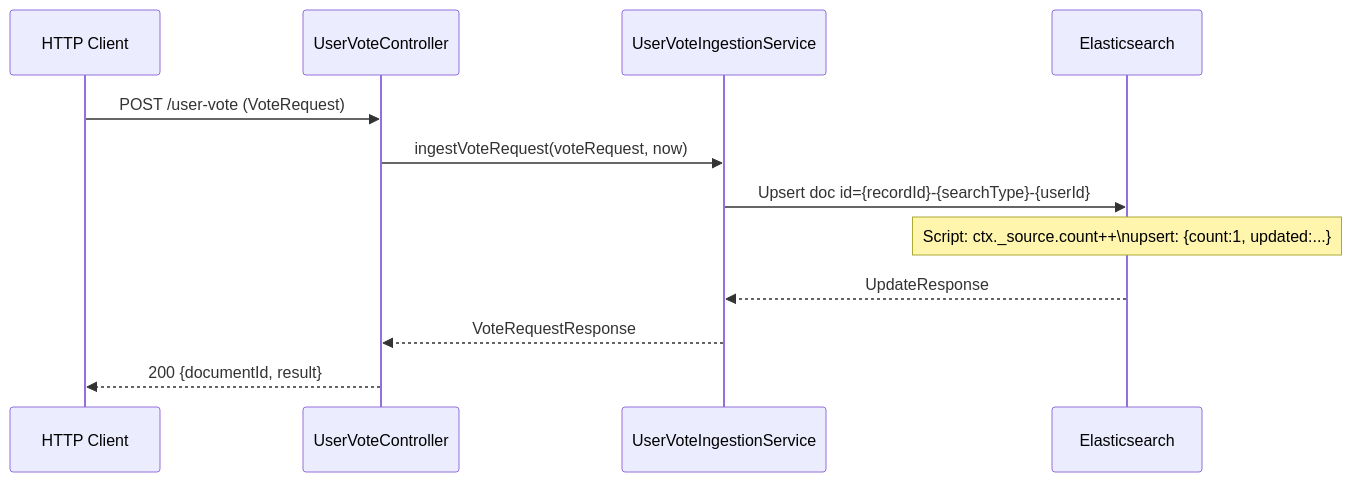
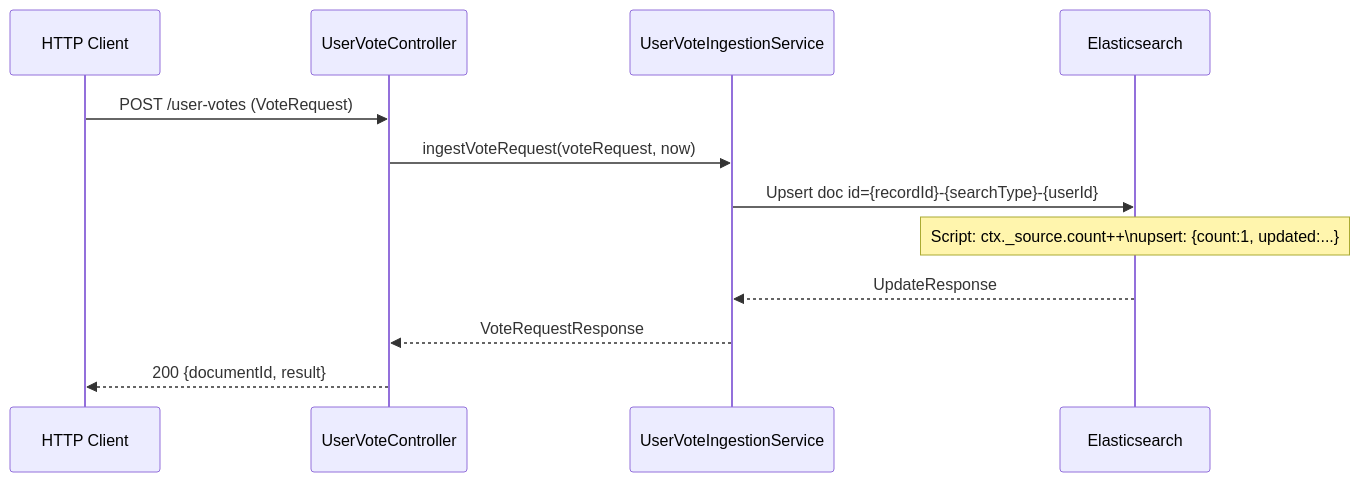
The second of 2 diagrams in elastic/README.md (nklip/JavaCraft), drawn with Mermaid before and after one commit. The commit also changed other lines of this file and 50 other files, not shown here.

Commit message:
elastic fixes:  1) add Post and 'posts' index;  2) add NewRankingService;  3) update karma in 'posts' after each VoteRequest;  4) refactor CSV folders;

````diff
--- a/elastic/README.md
+++ b/elastic/README.md
@@ -248,15 +248,15 @@
 ```mermaid
 sequenceDiagram
     participant C as HTTP Client
     participant UHC as UserVoteController
     participant UHIS as UserVoteIngestionService
     participant ES as Elasticsearch
 
-    C->>UHC: POST /user-vote (VoteRequest)
+    C->>UHC: POST /user-votes (VoteRequest)
     UHC->>UHIS: ingestVoteRequest(voteRequest, now)
     UHIS->>ES: Upsert doc id={recordId}-{searchType}-{userId}
     note over ES: Script: ctx._source.count++\nupsert: {count:1, updated:...}
     ES-->>UHIS: UpdateResponse
     UHIS-->>UHC: VoteRequestResponse
     UHC-->>C: 200 {documentId, result}
 ```
````
